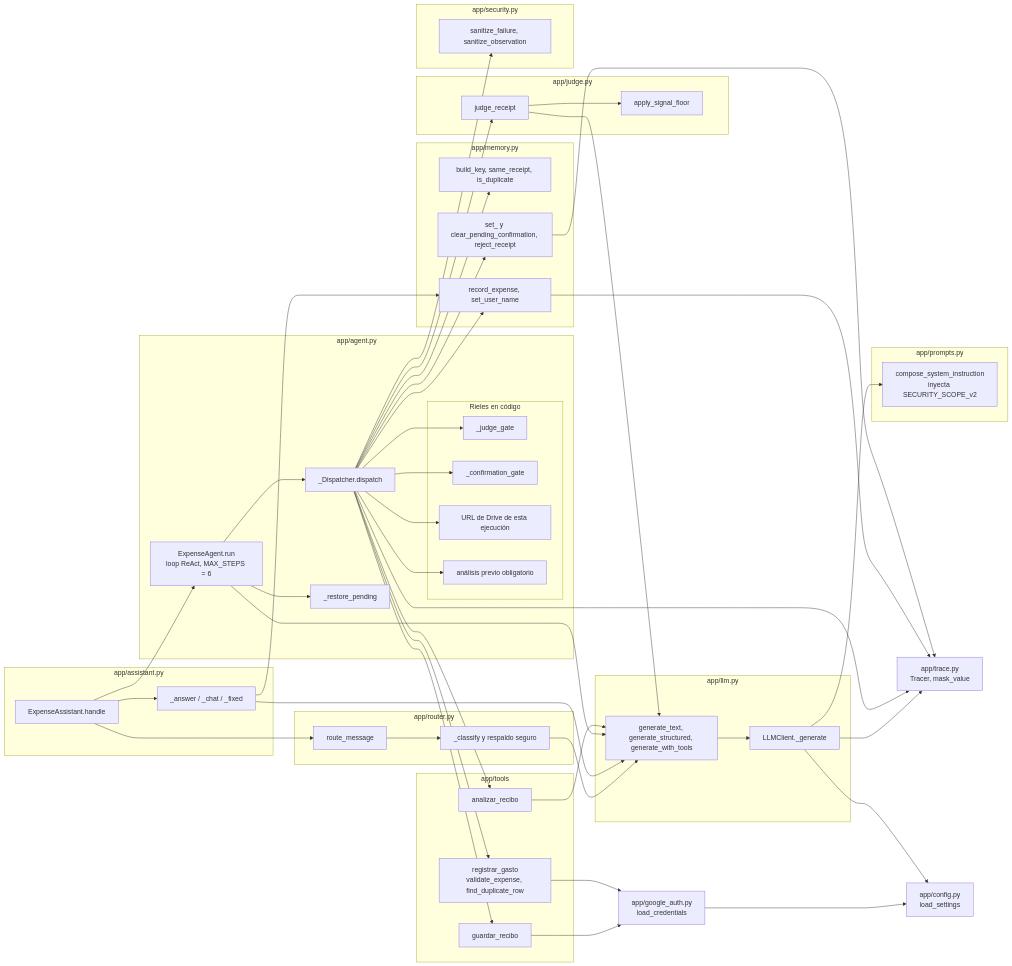
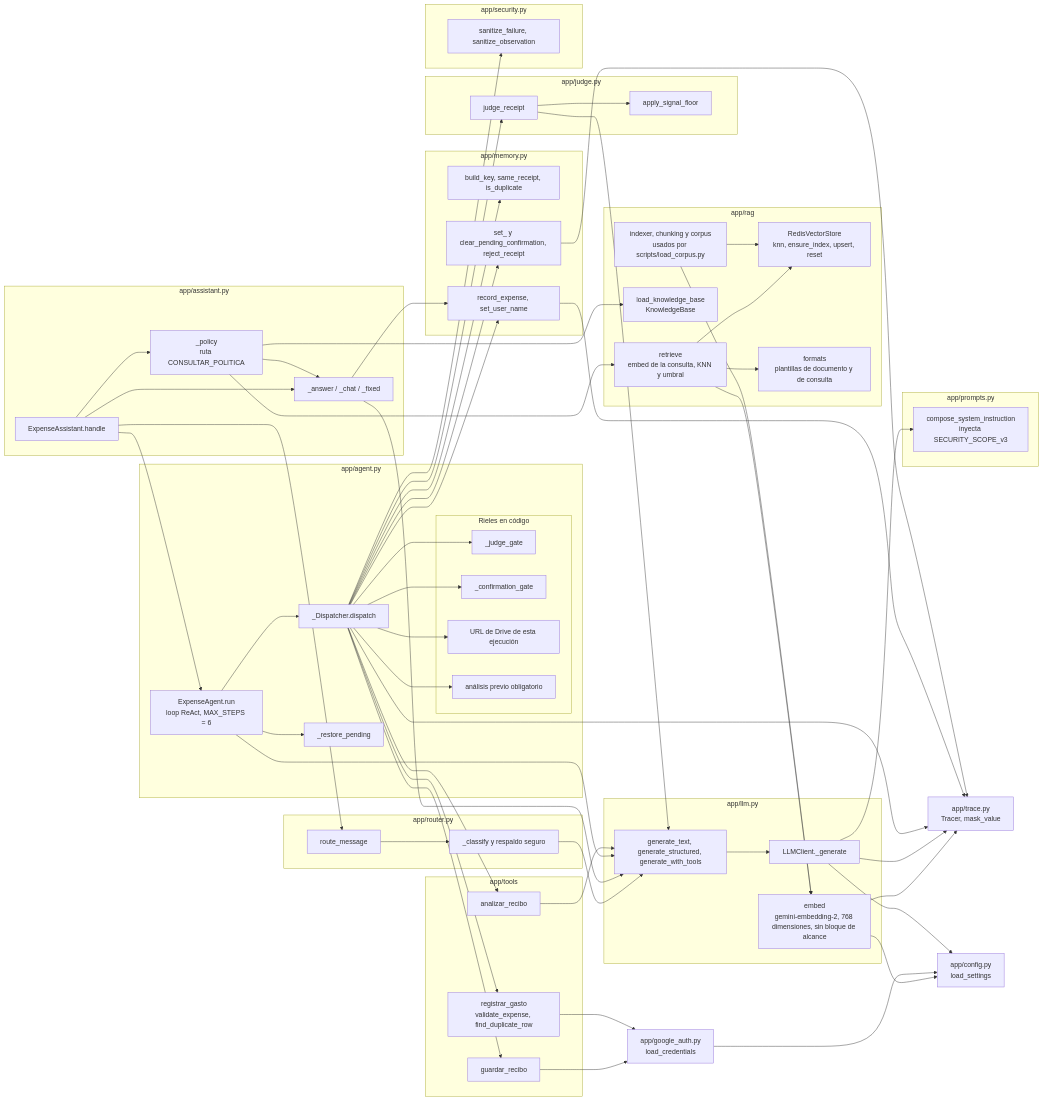
One commit to gherrerz/Claude-telegram-expense-tracker changed the third of 16 diagrams in docs/solution_architecture.md. Above: the diagram before and after it, drawn with Mermaid. The commit also changed other lines of this file and 14 other files, not shown here.

Commit message:
feat(eval): add golden set v2 with rag cases and update architecture docs (stage 15)

```diff
--- a/docs/solution_architecture.md
+++ b/docs/solution_architecture.md
@@ -170,6 +188,14 @@
     subgraph assistant["app/assistant.py"]
         H["ExpenseAssistant.handle"]
         H2["_answer / _chat / _fixed"]
+        H3["_policy<br/>ruta CONSULTAR_POLITICA"]
+    end
+    subgraph rag["app/rag"]
+        RET["retrieve<br/>embed de la consulta, KNN y umbral"]
+        KB["load_knowledge_base<br/>KnowledgeBase"]
+        STO["RedisVectorStore<br/>knn, ensure_index, upsert, reset"]
+        IDX["indexer, chunking y corpus<br/>usados por scripts/load_corpus.py"]
+        FMT["formats<br/>plantillas de documento y de consulta"]
     end
     subgraph router["app/router.py"]
         RM["route_message"]
@@ -198,9 +224,10 @@
     subgraph llm["app/llm.py"]
         GEN["LLMClient._generate"]
         GT["generate_text, generate_structured, generate_with_tools"]
+        EMBD["embed<br/>gemini-embedding-2, 768 dimensiones, sin bloque de alcance"]
     end
     subgraph prompts["app/prompts.py"]
-        CSI["compose_system_instruction<br/>inyecta SECURITY_SCOPE_v2"]
+        CSI["compose_system_instruction<br/>inyecta SECURITY_SCOPE_v3"]
     end
     subgraph tools["app/tools"]
         AN["analizar_recibo"]
@@ -219,6 +246,17 @@
     RC --> GT
     H --> RUN
     H --> H2
+    H --> H3
+    H3 --> KB
+    H3 --> RET
+    H3 --> H2
+    RET --> FMT
+    RET --> EMBD
+    RET --> STO
+    IDX --> STO
+    IDX --> EMBD
+    EMBD --> TRC
+    EMBD --> CFG
     H2 --> GT
     H2 --> MR
     RUN --> RST
```
